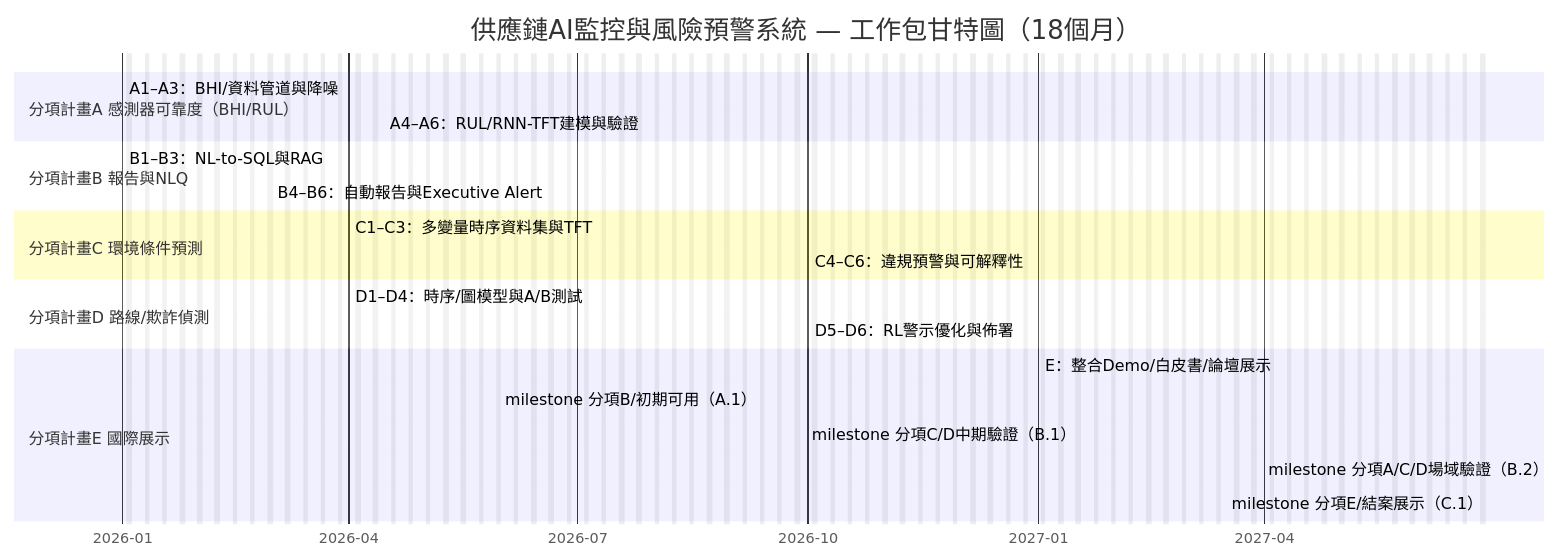
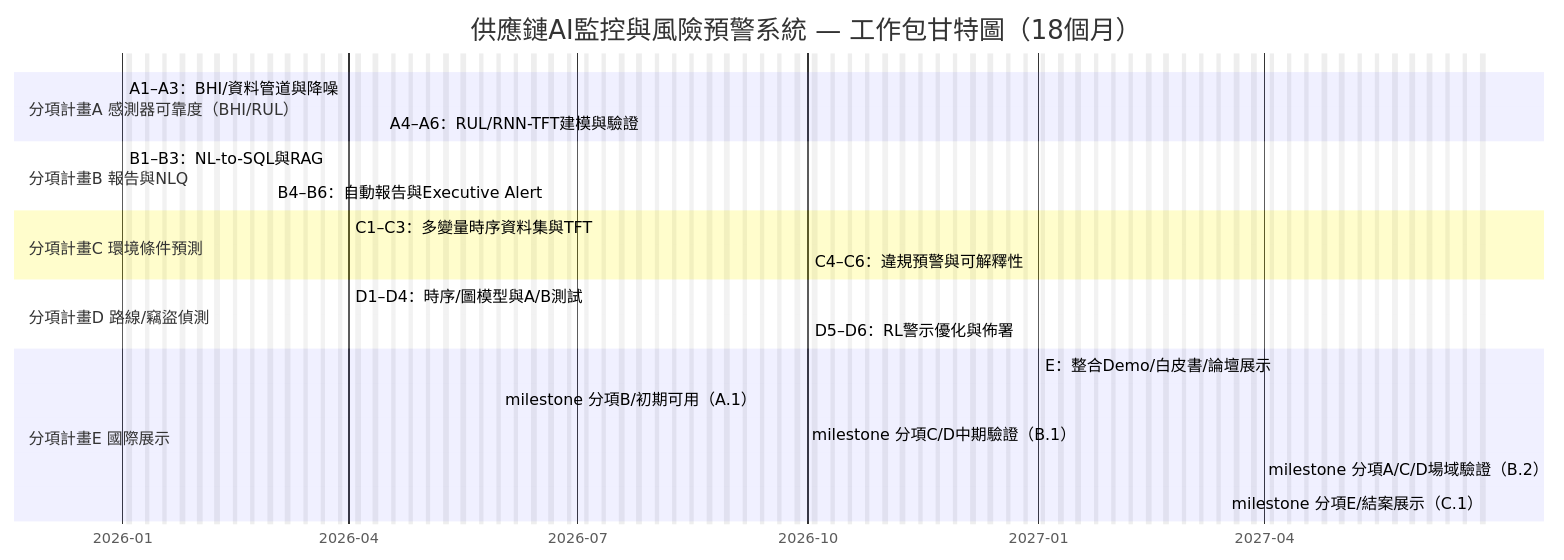
One commit to jshuo/ai-moea-proposal changed the first of 2 diagrams in proposal/AI應用躍昇計畫-計畫書-提交版.md. Above: the diagram before and after it, drawn with Mermaid. The commit also changed other lines of this file and 2 other files, not shown here.

````diff
--- a/proposal/AI應用躍昇計畫-計畫書-提交版.md
+++ b/proposal/AI應用躍昇計畫-計畫書-提交版.md
@@ -402,31 +417,31 @@
 ```mermaid
 gantt
     title 供應鏈AI監控與風險預警系統 — 工作包甘特圖（18個月）
     dateFormat  YYYY-MM-DD
     axisFormat  %Y-%m
     excludes    weekends
 
    section 分項計畫A 感測器可靠度（BHI/RUL）
    A1–A3：BHI/資料管道與降噪         :a1, 2026-01-01, 4m
    A4–A6：RUL/RNN-TFT建模與驗證      :a2, 2026-04-15, 6m
 
    section 分項計畫B 報告與NLQ
    B1–B3：NL-to-SQL與RAG            :b1, 2026-01-01, 3.5m
    B4–B6：自動報告與Executive Alert  :b2, 2026-03-01, 2.5m
 
    section 分項計畫C 環境條件預測
    C1–C3：多變量時序資料集與TFT     :c1, 2026-04-01, 8m
    C4–C6：違規預警與可解釋性         :c2, 2026-10-01, 4m
 
-   section 分項計畫D 路線/欺詐偵測
+   section 分項計畫D 路線/竊盜偵測
    D1–D4：時序/圖模型與A/B測試      :d1, 2026-04-01, 9m
    D5–D6：RL警示優化與佈署           :d2, 2026-10-01, 5m
 
    section 分項計畫E 國際展示
    E：整合Demo/白皮書/論壇展示       :e, 2027-01-01, 6m
 
    milestone 分項B/初期可用（A.1）   :m1, 2026-05-31, 0d
    milestone 分項C/D中期驗證（B.1）  :m2, 2026-09-30, 0d
    milestone 分項A/C/D場域驗證（B.2）:m3, 2027-03-31, 0d
    milestone 分項E/結案展示（C.1）   :m4, 2027-06-30, 0d
 ```
````
